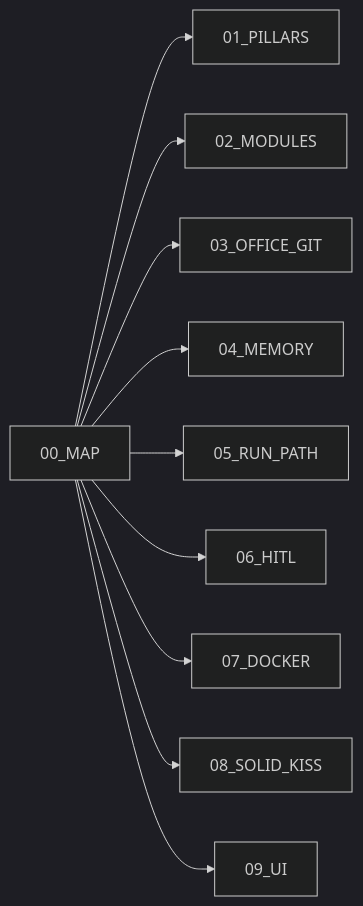
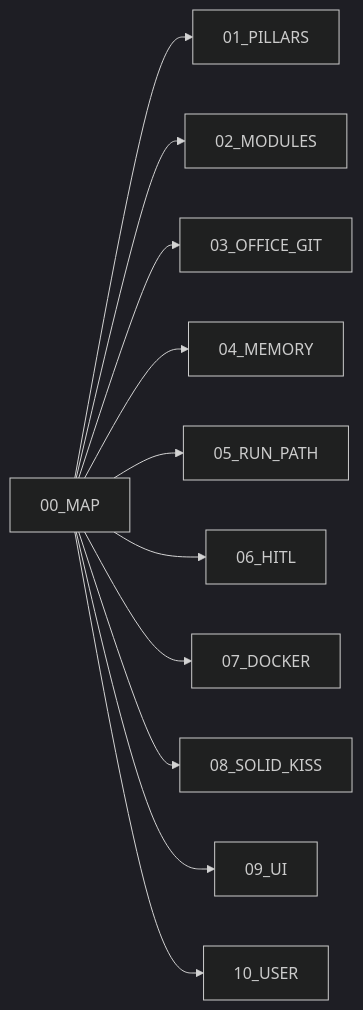
Before and after one commit to abhishekjasani/AgentAnyStack: the diagram in docs/architecture/00_MAP.md, drawn with Mermaid (dark theme). The commit also changed other lines of this file and 12 other files, not shown here.

Commit message:
Implement Phase 7: Add user identity features UI, API integration, and update architecture documentation

````diff
--- a/docs/architecture/00_MAP.md
+++ b/docs/architecture/00_MAP.md
@@ -5,12 +5,13 @@
 ```mermaid
 flowchart LR
     MAP[00_MAP] --> P[01_PILLARS]
     MAP --> M[02_MODULES]
     MAP --> O[03_OFFICE_GIT]
     MAP --> MEM[04_MEMORY]
     MAP --> R[05_RUN_PATH]
     MAP --> H[06_HITL]
     MAP --> D[07_DOCKER]
     MAP --> S[08_SOLID_KISS]
     MAP --> U[09_UI]
+    MAP --> USR[10_USER]
 ```
````
